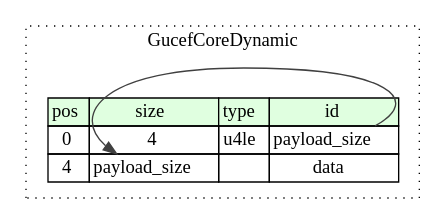
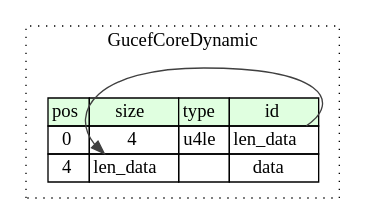
Before and after one commit to LiberatorUSA/GUCEF: the diagram in tools/Kaitai/code/graphviz/gucef_core_dynamic.dot, drawn with Graphviz. The commit also changed 18 other files, not shown here.

```diff
--- a/tools/Kaitai/code/graphviz/gucef_core_dynamic.dot
+++ b/tools/Kaitai/code/graphviz/gucef_core_dynamic.dot
@@ -1,15 +1,15 @@
 digraph {
 	rankdir=LR;
 	node [shape=plaintext];
 	subgraph cluster__gucef_core_dynamic {
 		label="GucefCoreDynamic";
 		graph[style=dotted];
 
 		gucef_core_dynamic__seq [label=<<TABLE BORDER="0" CELLBORDER="1" CELLSPACING="0">
 			<TR><TD BGCOLOR="#E0FFE0">pos</TD><TD BGCOLOR="#E0FFE0">size</TD><TD BGCOLOR="#E0FFE0">type</TD><TD BGCOLOR="#E0FFE0">id</TD></TR>
-			<TR><TD PORT="payload_size_pos">0</TD><TD PORT="payload_size_size">4</TD><TD>u4le</TD><TD PORT="payload_size_type">payload_size</TD></TR>
-			<TR><TD PORT="data_pos">4</TD><TD PORT="data_size">payload_size</TD><TD></TD><TD PORT="data_type">data</TD></TR>
+			<TR><TD PORT="len_data_pos">0</TD><TD PORT="len_data_size">4</TD><TD>u4le</TD><TD PORT="len_data_type">len_data</TD></TR>
+			<TR><TD PORT="data_pos">4</TD><TD PORT="data_size">len_data</TD><TD></TD><TD PORT="data_type">data</TD></TR>
 		</TABLE>>];
 	}
-	gucef_core_dynamic__seq:payload_size_type -> gucef_core_dynamic__seq:data_size [color="#404040"];
+	gucef_core_dynamic__seq:len_data_type -> gucef_core_dynamic__seq:data_size [color="#404040"];
 }
```
